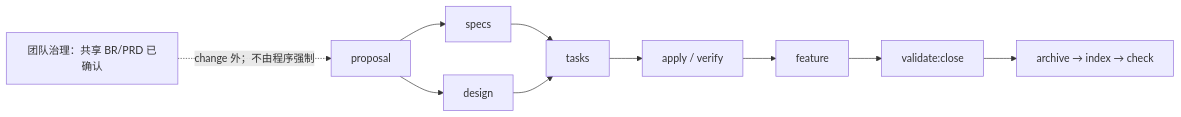
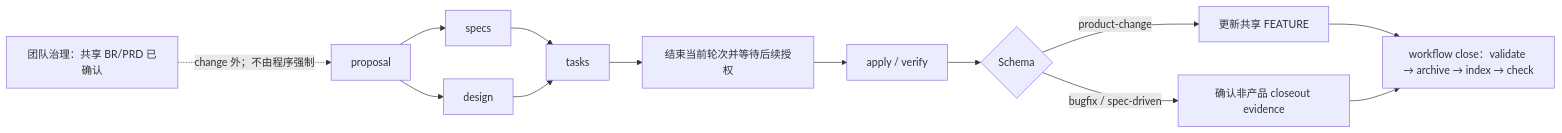
The second of 2 diagrams in README.md (haoranliu66/openspec_workflow), drawn with Mermaid before and after one commit. The commit also changed other lines of this file and 71 other files, not shown here.

````diff
--- a/README.md
+++ b/README.md
@@ -158,12 +161,15 @@
 ```mermaid
 flowchart LR
     BR["团队治理：共享 BR/PRD 已确认"] -. "change 外；不由程序强制" .-> P["proposal"]
     P --> S["specs"]
     P --> D["design"]
     S --> T["tasks"]
     D --> T
-    T --> A["apply / verify"]
-    A --> F["feature"]
-    F --> V["validate:close"]
-    V --> C["archive → index → check"]
+    T --> W["结束当前轮次并等待后续授权"]
+    W --> A["apply / verify"]
+    A --> K{"Schema"}
+    K -- "product-change" --> F["更新共享 FEATURE"]
+    K -- "bugfix / spec-driven" --> E["确认非产品 closeout evidence"]
+    F --> C["workflow close：validate → archive → index → check"]
+    E --> C
 ```
````
